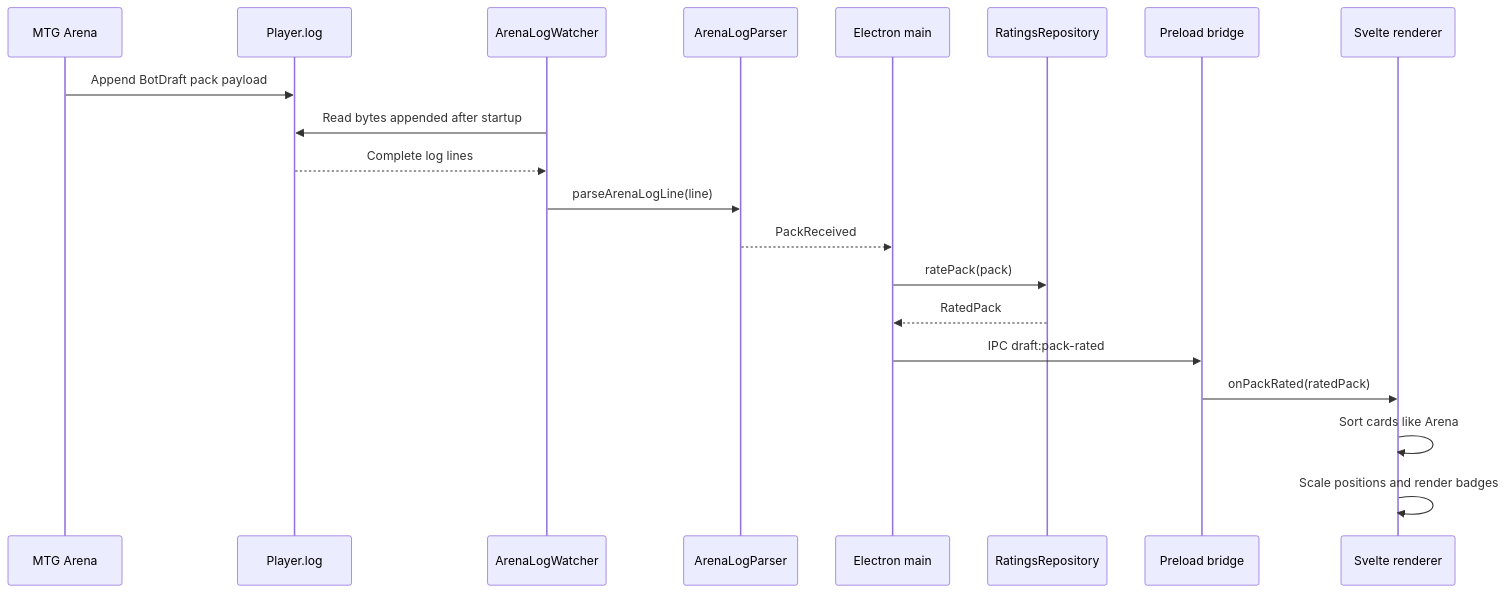
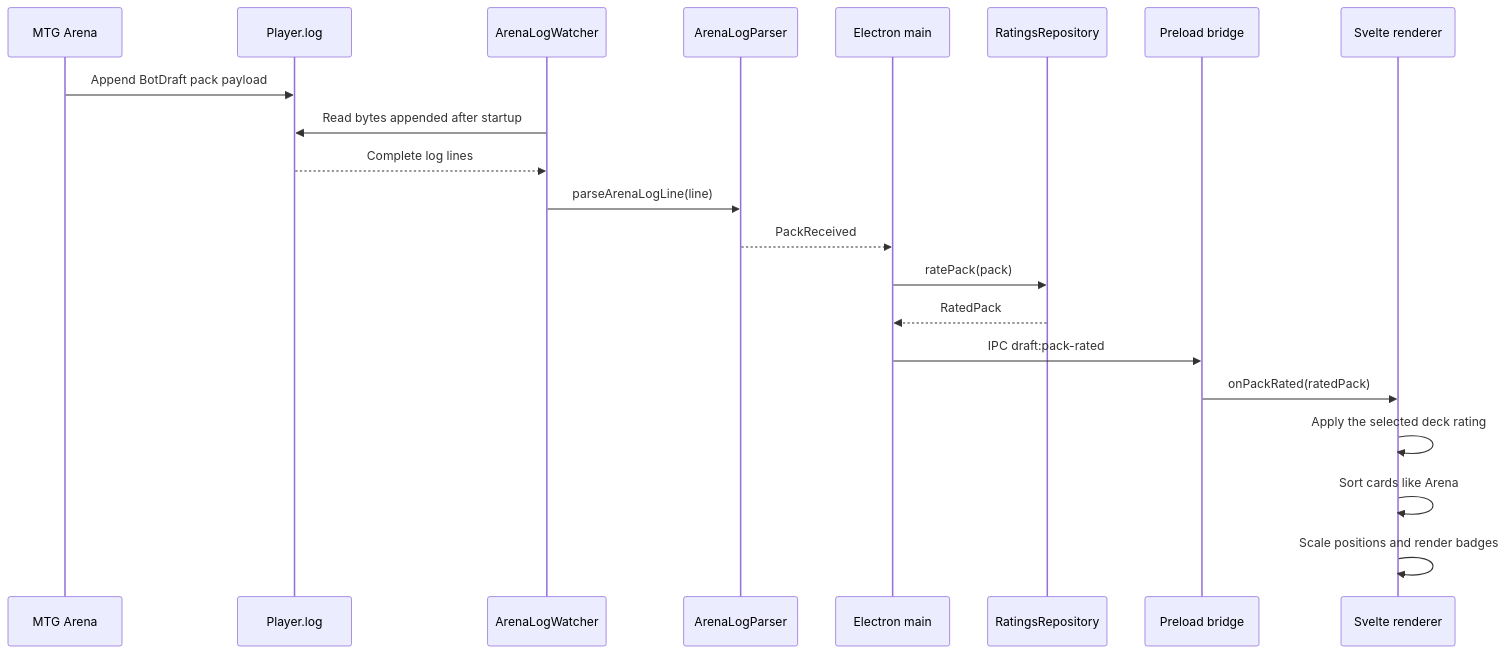
Before and after one commit to ratek-20/17-buddy: the second of 4 diagrams in docs/architecture.md, drawn with Mermaid. The commit also changed other lines of this file and 10 other files, not shown here.

````diff
--- a/docs/architecture.md
+++ b/docs/architecture.md
@@ -61,23 +66,24 @@
 ```mermaid
 sequenceDiagram
     participant Arena as MTG Arena
     participant Log as Player.log
     participant Watcher as ArenaLogWatcher
     participant Parser as ArenaLogParser
     participant Main as Electron main
     participant Ratings as RatingsRepository
     participant Preload as Preload bridge
     participant UI as Svelte renderer
 
     Arena->>Log: Append BotDraft pack payload
     Watcher->>Log: Read bytes appended after startup
     Log-->>Watcher: Complete log lines
     Watcher->>Parser: parseArenaLogLine(line)
     Parser-->>Main: PackReceived
     Main->>Ratings: ratePack(pack)
     Ratings-->>Main: RatedPack
     Main->>Preload: IPC draft:pack-rated
     Preload->>UI: onPackRated(ratedPack)
+    UI->>UI: Apply the selected deck rating
     UI->>UI: Sort cards like Arena
     UI->>UI: Scale positions and render badges
 ```
````
